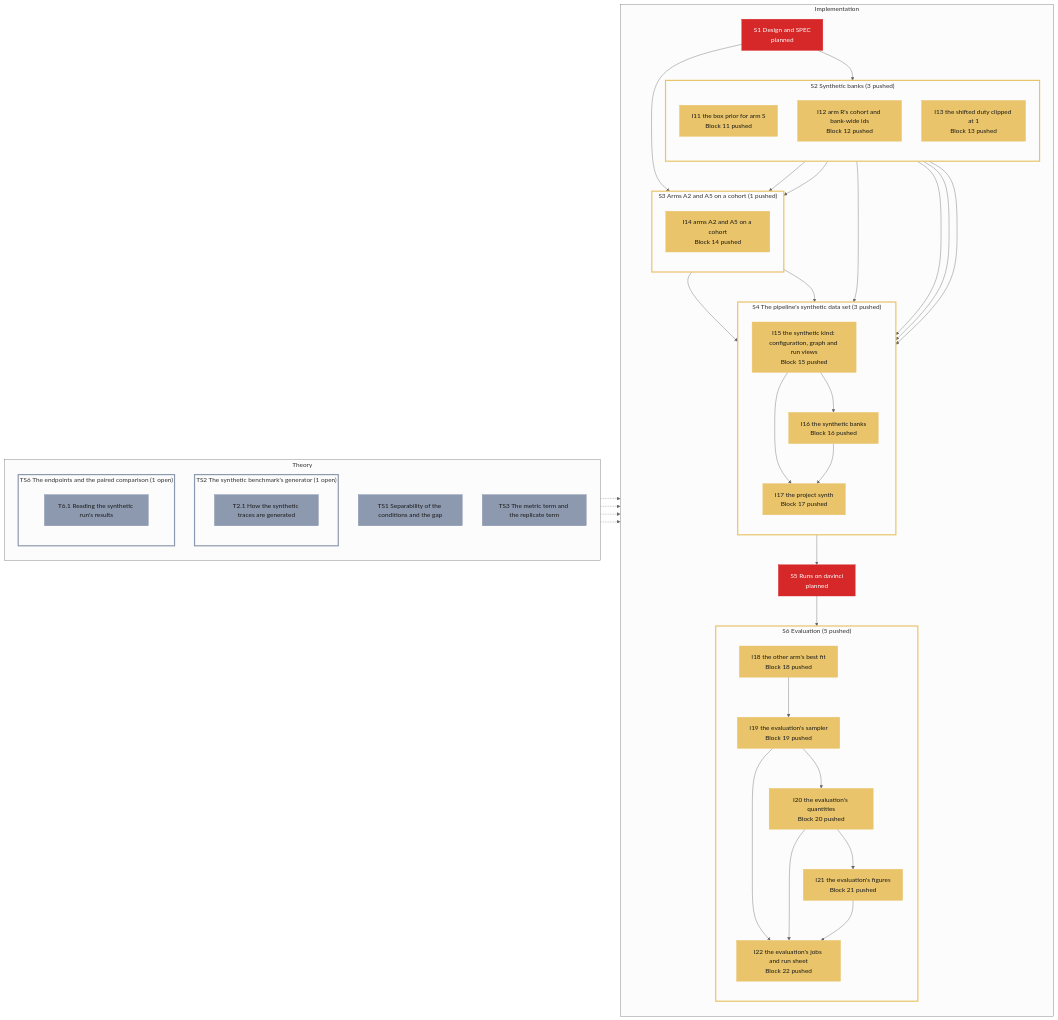
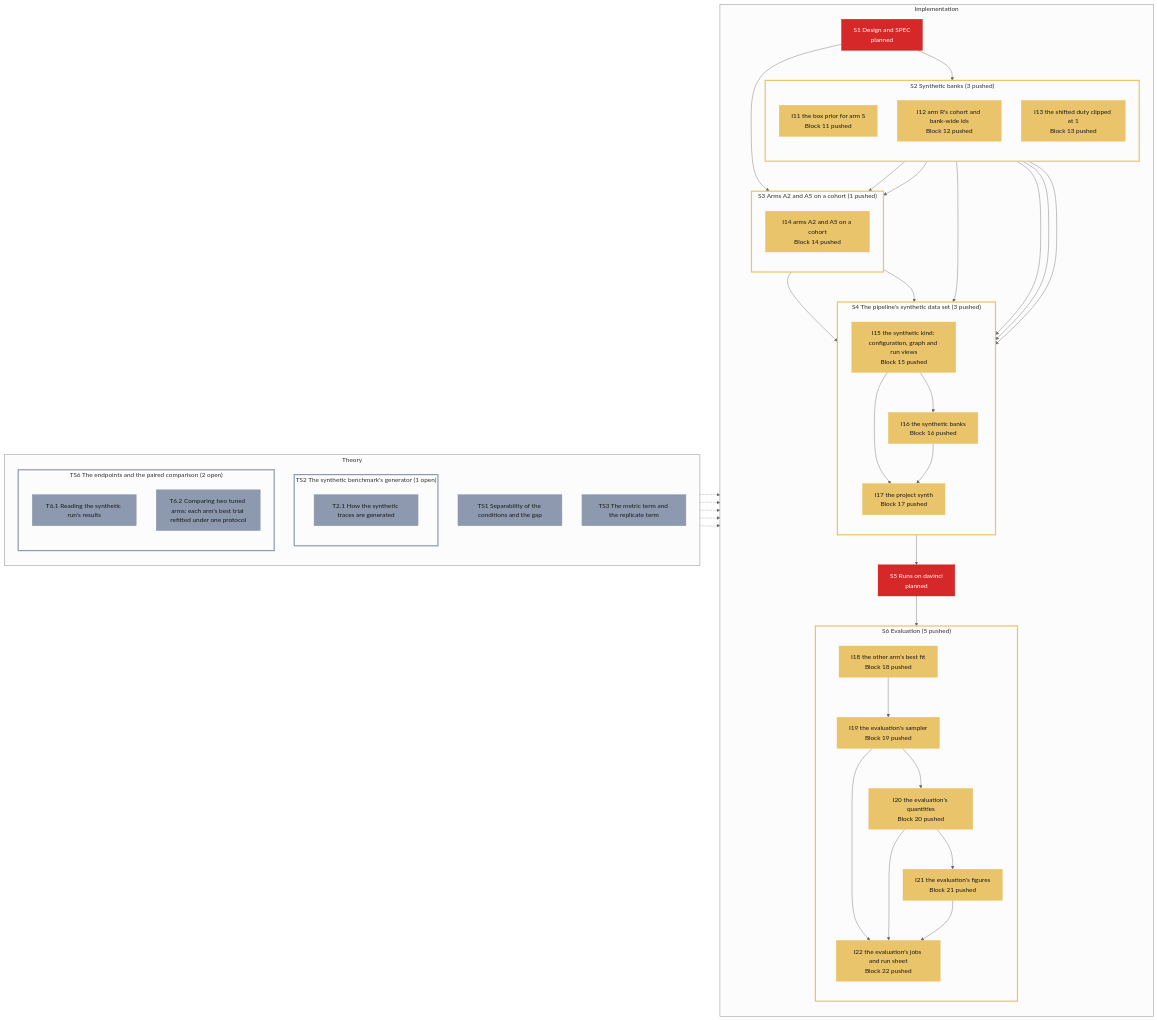
Before and after one commit to Leonardodm00/Simulation-Based-Inference: the diagram in specs/roadmap/synth.md, drawn with Mermaid (neutral theme). The commit also changed other lines of this file and 1 other file, not shown here.

First line of the commit message:
roadmap: synth T6.2 added -- comparing two tuned arms (open, D-129)

```diff
--- a/specs/roadmap/synth.md
+++ b/specs/roadmap/synth.md
@@ -24,9 +24,10 @@
             T2.1["T2.1 How the synthetic traces are generated"]:::open
         end
         TS3["TS3 The metric term and the replicate term"]:::open
-        subgraph grp_TS6["TS6 The endpoints and the paired comparison (1 open)"]
+        subgraph grp_TS6["TS6 The endpoints and the paired comparison (2 open)"]
             direction TB
             T6.1["T6.1 Reading the synthetic run's results"]:::open
+            T6.2["T6.2 Comparing two tuned arms: each arm's best trial refitted under one protocol"]:::open
         end
     end
     subgraph impl["Implementation"]
@@ -83,6 +84,7 @@
     grp_TS2 -.-> grp_S2
     TS3 -.-> grp_S3
     grp_TS6 -.-> grp_S6
+    T6.2 -.-> I18
     style grp_TS2 stroke:#8d99ae,stroke-width:3px
     style grp_TS6 stroke:#8d99ae,stroke-width:3px
     style grp_S2 stroke:#e9c46a,stroke-width:3px
```
